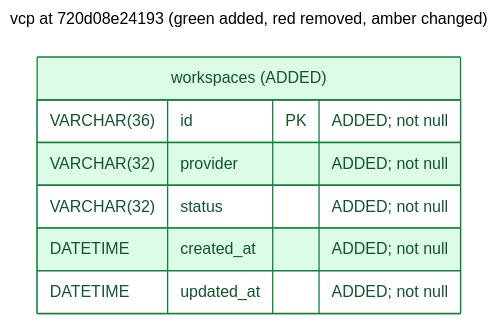
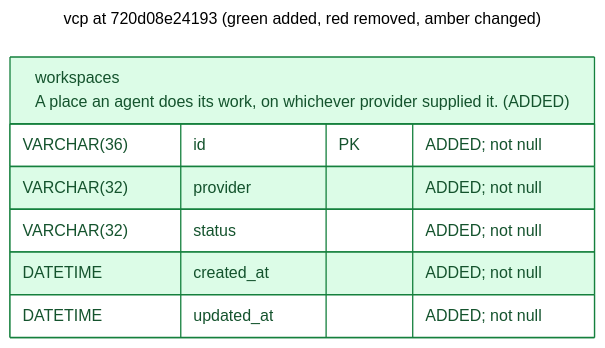
The diagram in v2/docs/schema/vcp/720d08e24193.mermaid (OpenEngine/OpenEngine), drawn with Mermaid before and after one commit. The commit also changed 25 other files, not shown here.

Commit message:
docs: update service schemas

```diff
--- a/v2/docs/schema/vcp/720d08e24193.mermaid
+++ b/v2/docs/schema/vcp/720d08e24193.mermaid
@@ -1,21 +1,21 @@
 ---
 title: vcp at 720d08e24193 (green added, red removed, amber changed)
 config:
   theme: neutral
 ---
 erDiagram
     direction LR
     %% REMOVED tables/columns are tombstones, absent from this revision's schema.
     %% Column changes include type, nullability, default and key membership.
     %% Table changes also include indexes and constraints.
     classDef added fill:#dcfce7,stroke:#15803d,color:#14532d
     classDef removed fill:#fee2e2,stroke:#b91c1c,color:#7f1d1d
     classDef changed fill:#fef3c7,stroke:#b45309,color:#78350f
-    workspaces["workspaces (ADDED)"] {
+    workspaces["workspaces<br/>A place an agent does its work, on whichever provider supplied it. (ADDED)"] {
         VARCHAR(36) id PK "ADDED; not null"
         VARCHAR(32) provider "ADDED; not null"
         VARCHAR(32) status "ADDED; not null"
         DATETIME created_at "ADDED; not null"
         DATETIME updated_at "ADDED; not null"
     }
     class workspaces added
```
